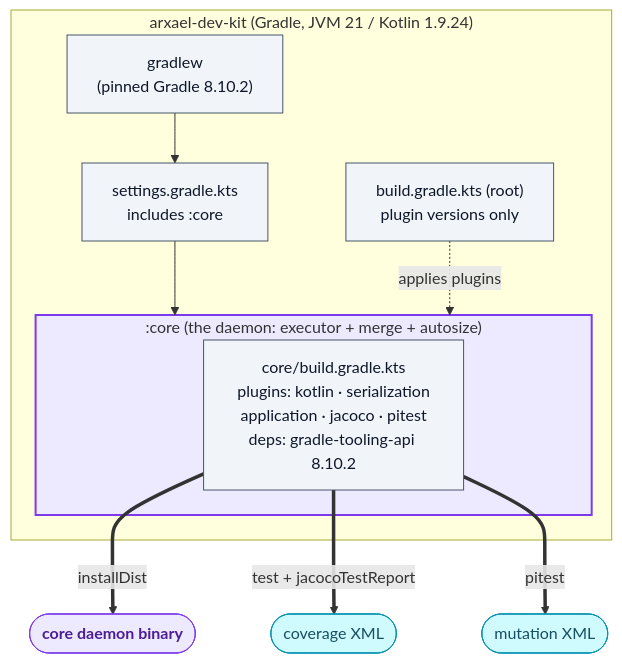
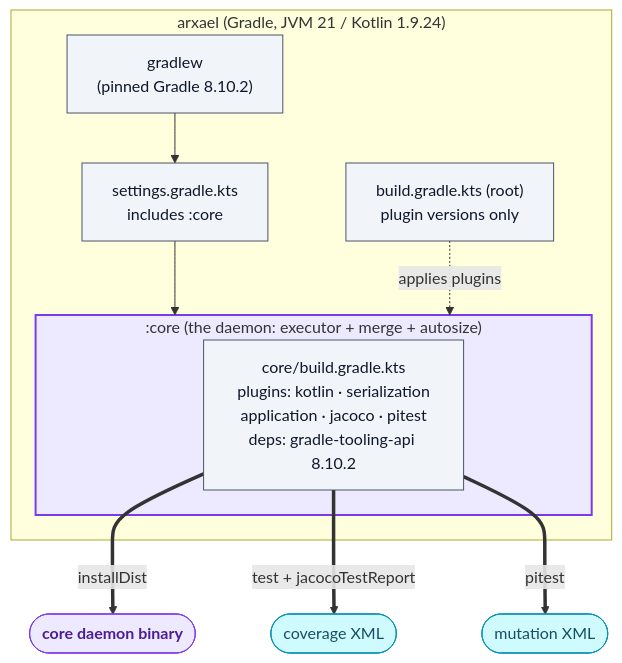
The sixth of 9 diagrams in docs/OVERVIEW.md (alexanderpaquette-byte/arxael), drawn with Mermaid before and after one commit. The commit also changed 22 other files, not shown here.

````diff
--- a/docs/OVERVIEW.md
+++ b/docs/OVERVIEW.md
@@ -159,24 +159,24 @@
 ```mermaid
 flowchart TB
-    subgraph repo["arxael-dev-kit (Gradle, JVM 21 / Kotlin 1.9.24)"]
+    subgraph repo["arxael (Gradle, JVM 21 / Kotlin 1.9.24)"]
         settings["settings.gradle.kts<br/>includes :core"]:::cfg
         rootbuild["build.gradle.kts (root)<br/>plugin versions only"]:::cfg
         subgraph core[":core  (the daemon: executor + merge + autosize)"]
             corebuild["core/build.gradle.kts<br/>plugins: kotlin · serialization<br/>application · jacoco · pitest<br/>deps: gradle-tooling-api 8.10.2"]:::cfg
         end
         wrapper["gradlew<br/>(pinned Gradle 8.10.2)"]:::cfg
     end
 
     settings --> core
     rootbuild -.applies plugins.-> core
     wrapper --> settings
 
     corebuild ==>|installDist| daemon([core daemon binary]):::service
     corebuild ==>|test + jacocoTestReport| cov([coverage XML]):::artifact
     corebuild ==>|pitest| mut([mutation XML]):::artifact
 
     style core fill:#ede9fe,stroke:#7c3aed,stroke-width:2px
     classDef cfg fill:#f1f5f9,stroke:#475569,color:#0f172a
     classDef service fill:#ede9fe,stroke:#7c3aed,color:#4c1d95,font-weight:bold
     classDef artifact fill:#cffafe,stroke:#0891b2,color:#164e63
 ```
````
